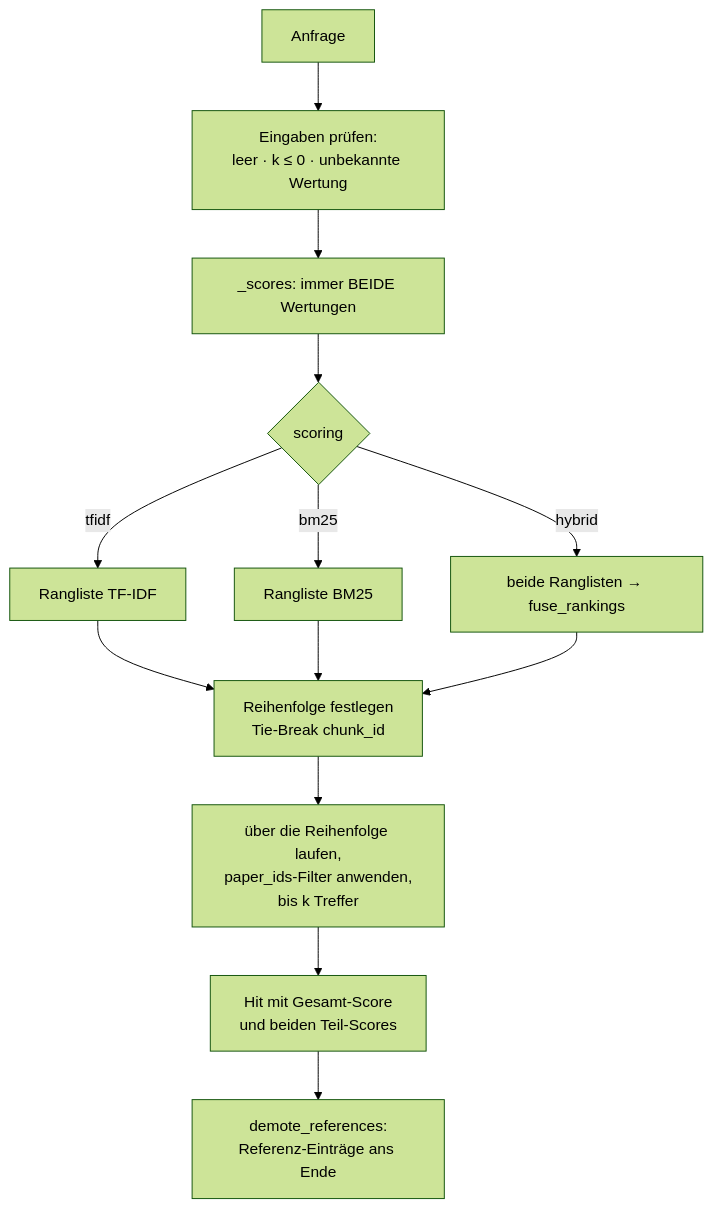
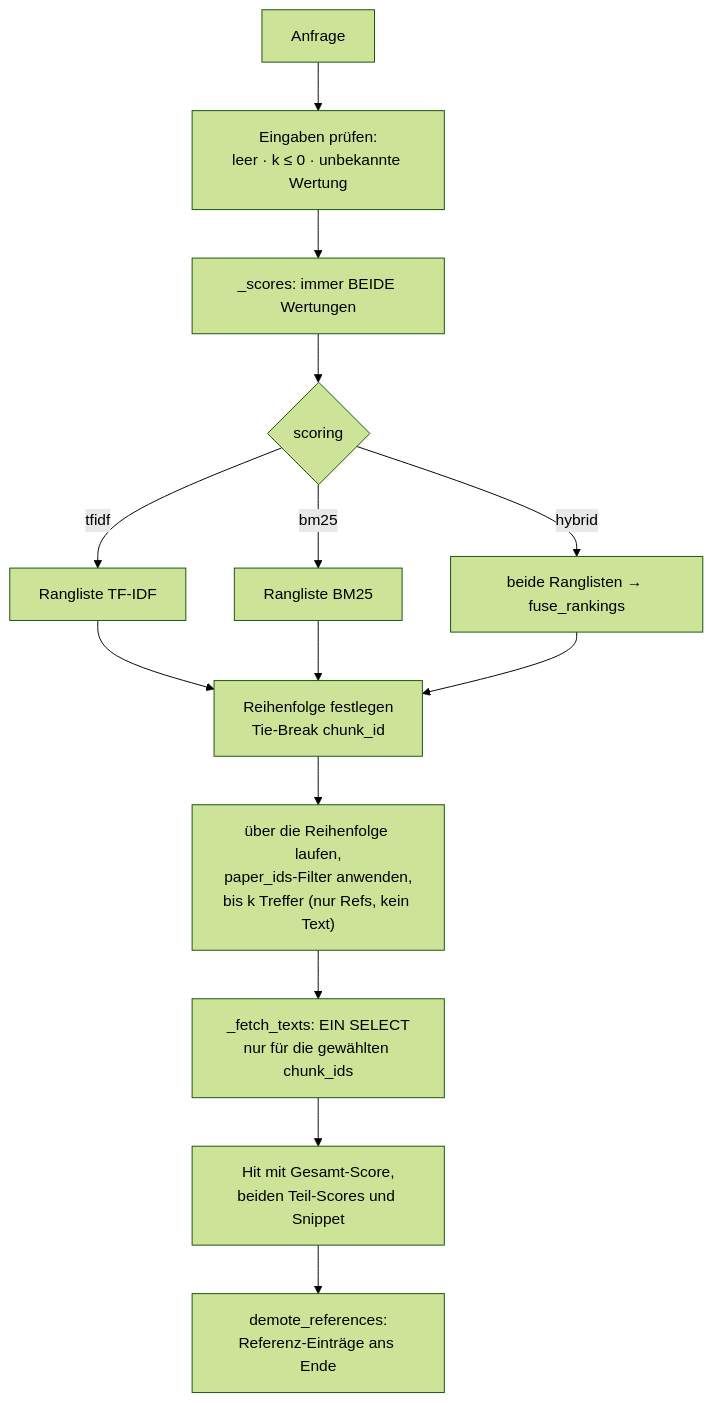
Before and after one commit to MomoEngineer/research-graphrag: the third of 4 diagrams in src/research_graphrag/indexing/doc/tfidf_index.md, drawn with Mermaid (forest theme). The commit also changed other lines of this file and 47 other files, not shown here.

````diff
--- a/src/research_graphrag/indexing/doc/tfidf_index.md
+++ b/src/research_graphrag/indexing/doc/tfidf_index.md
@@ -79,15 +101,16 @@
 ```mermaid
 flowchart TD
     Q["Anfrage"] --> V["Eingaben prüfen:<br/>leer · k ≤ 0 · unbekannte Wertung"]
     V --> S["_scores: immer BEIDE Wertungen"]
     S --> M{"scoring"}
     M -- tfidf --> R1["Rangliste TF-IDF"]
     M -- bm25 --> R2["Rangliste BM25"]
     M -- hybrid --> R3["beide Ranglisten → fuse_rankings"]
     R1 --> O["Reihenfolge festlegen<br/>Tie-Break chunk_id"]
     R2 --> O
     R3 --> O
-    O --> P["über die Reihenfolge laufen,<br/>paper_ids-Filter anwenden,<br/>bis k Treffer"]
-    P --> H["Hit mit Gesamt-Score<br/>und beiden Teil-Scores"]
+    O --> P["über die Reihenfolge laufen,<br/>paper_ids-Filter anwenden,<br/>bis k Treffer (nur Refs, kein Text)"]
+    P --> TXT["_fetch_texts: EIN SELECT<br/>nur für die gewählten chunk_ids"]
+    TXT --> H["Hit mit Gesamt-Score,<br/>beiden Teil-Scores und Snippet"]
     H --> G["demote_references:<br/>Referenz-Einträge ans Ende"]
 ```
````
